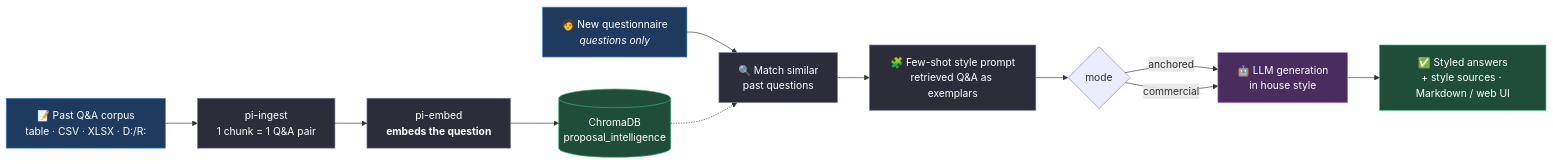
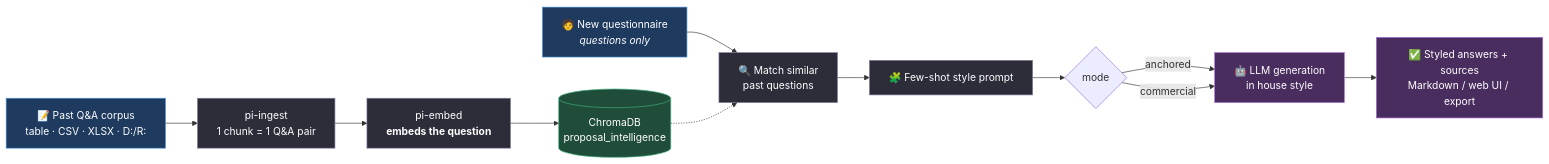
Before and after one commit to ViciusLio/IntelligenceSuite: the third of 4 diagrams in README.md, drawn with Mermaid. The commit also changed other lines of this file, not shown here.

First line of the commit message:
docs: restructure README for readability — clickable TOC, trimmed content, updated + new Mermaid diagrams

````diff
--- a/README.md
+++ b/README.md
@@ -98,25 +123,23 @@
 ```mermaid
 flowchart LR
     CORP["📝 Past Q&A corpus<br/>table · CSV · XLSX · D:/R:"] --> PP["pi-ingest<br/>1 chunk = 1 Q&A pair"]
     PP --> QEMB["pi-embed<br/><b>embeds the question</b>"]
     QEMB --> QDB[("ChromaDB<br/>proposal_intelligence")]
 
     NEWQ["🧑 New questionnaire<br/><i>questions only</i>"] --> MATCH["🔍 Match similar<br/>past questions"]
     QDB -.-> MATCH
-    MATCH --> FS["🧩 Few-shot style prompt<br/>retrieved Q&A as exemplars"]
+    MATCH --> FS["🧩 Few-shot style prompt"]
     FS --> MODE{"mode"}
     MODE -->|"anchored"| GEN["🤖 LLM generation<br/>in house style"]
     MODE -->|"commercial"| GEN
-    GEN --> OUT["✅ Styled answers<br/>+ style sources · Markdown / web UI"]
+    GEN --> OUT["✅ Styled answers + sources<br/>Markdown / web UI / export"]
 
     classDef src fill:#1e3a5f,stroke:#4a90d9,color:#fff;
     classDef proc fill:#2d2d3a,stroke:#7c7c9c,color:#fff;
     classDef store fill:#1f4d3a,stroke:#3fb27f,color:#fff;
     classDef gen fill:#4a2d5f,stroke:#a96fd9,color:#fff;
-    classDef out fill:#1f4d3a,stroke:#3fb27f,color:#fff;
     class CORP,NEWQ src;
     class PP,QEMB,MATCH,FS proc;
     class QDB store;
-    class GEN gen;
-    class OUT out;
+    class GEN,OUT gen;
 ```
````
